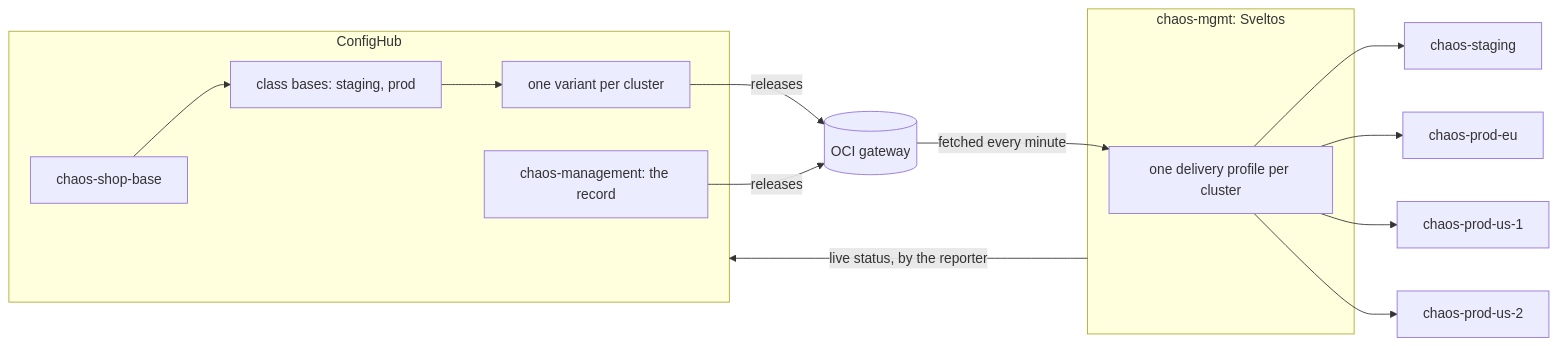
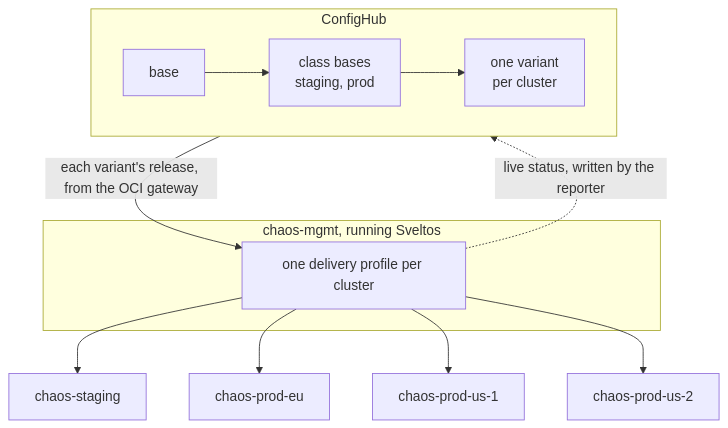
The diagram in demo/README.md (confighub/sveltos-confighub), drawn with Mermaid before and after one commit.

Commit message:
README: a simpler top-down diagram of how the pieces fit

````diff
--- a/demo/README.md
+++ b/demo/README.md
@@ -74,18 +74,16 @@
 ```mermaid
-flowchart LR
+flowchart TD
   subgraph CH["ConfigHub"]
-    base["chaos-shop-base"] --> classes["class bases: staging, prod"] --> variants["one variant per cluster"]
-    record["chaos-management: the record"]
+    direction LR
+    base["base"] --> classes["class bases<br/>staging, prod"] --> variants["one variant<br/>per cluster"]
   end
-  variants -- "releases" --> gateway[("OCI gateway")]
-  record -- "releases" --> gateway
-  subgraph MGMT["chaos-mgmt: Sveltos"]
+  subgraph MGMT["chaos-mgmt, running Sveltos"]
     profiles["one delivery profile per cluster"]
   end
-  gateway -- "fetched every minute" --> profiles
+  CH -- "each variant's release, from the OCI gateway" --> profiles
   profiles --> staging["chaos-staging"]
   profiles --> eu["chaos-prod-eu"]
   profiles --> us1["chaos-prod-us-1"]
   profiles --> us2["chaos-prod-us-2"]
-  MGMT -- "live status, by the reporter" --> CH
+  profiles -. "live status, written by the reporter" .-> CH
 ```
````
